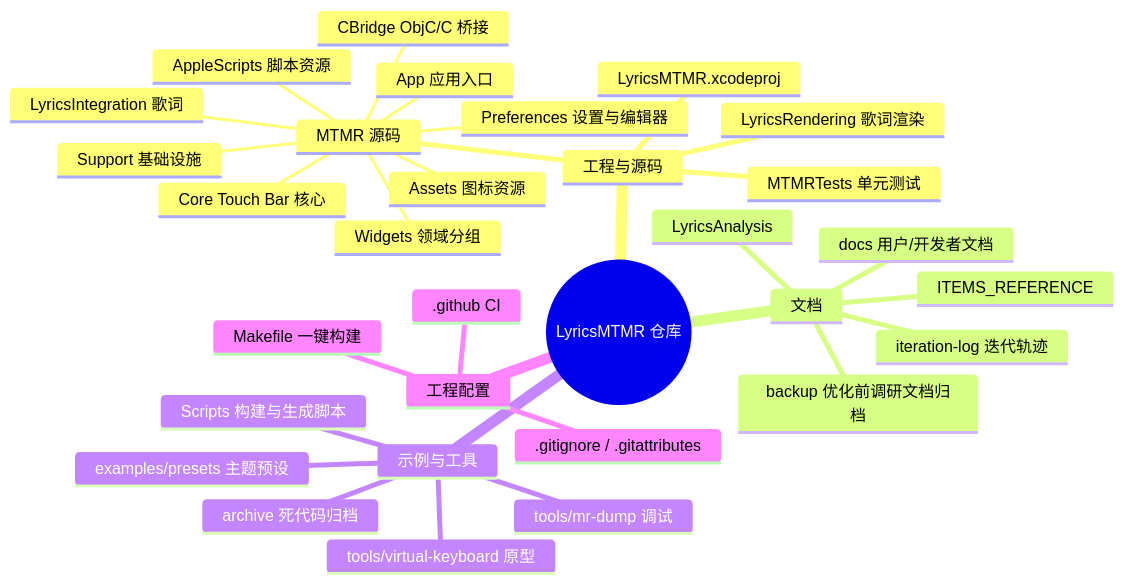
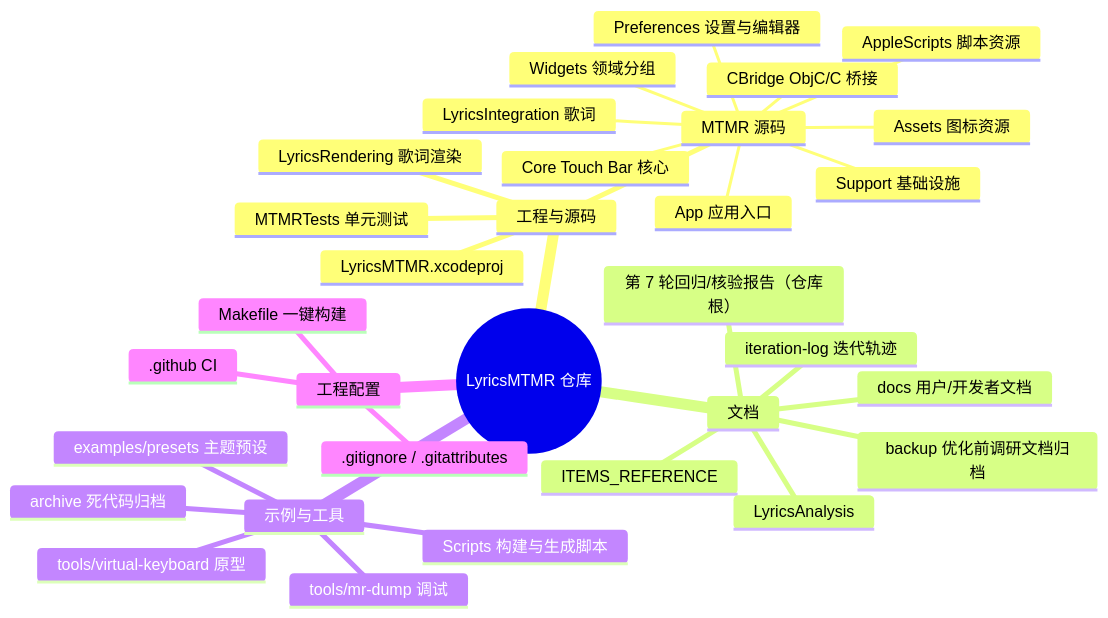
One commit to Tangzishun-Li/LyricsMTMR changed the first of 2 diagrams in LyricsMTMR/docs/file-structure.zh.md. Above: the diagram before and after it, drawn with Mermaid. The commit also changed other lines of this file and 2 other files, not shown here.

````diff
--- a/LyricsMTMR/docs/file-structure.zh.md
+++ b/LyricsMTMR/docs/file-structure.zh.md
@@ -10,34 +10,35 @@
 ```mermaid
 mindmap
   root((LyricsMTMR 仓库))
     工程与源码
       LyricsMTMR.xcodeproj
       MTMR 源码
         App 应用入口
         Core Touch Bar 核心
         Support 基础设施
         Widgets 领域分组
         Preferences 设置与编辑器
         LyricsIntegration 歌词
         CBridge ObjC/C 桥接
         AppleScripts 脚本资源
         Assets 图标资源
       LyricsRendering 歌词渲染
       MTMRTests 单元测试
     文档
       docs 用户/开发者文档
       ITEMS_REFERENCE
       LyricsAnalysis
       backup 优化前调研文档归档
       iteration-log 迭代轨迹
+      第 7 轮回归/核验报告（仓库根）
     示例与工具
       examples/presets 主题预设
       tools/mr-dump 调试
       tools/virtual-keyboard 原型
       Scripts 构建与生成脚本
       archive 死代码归档
     工程配置
       .github CI
       .gitignore / .gitattributes
       Makefile 一键构建
 ```
````
